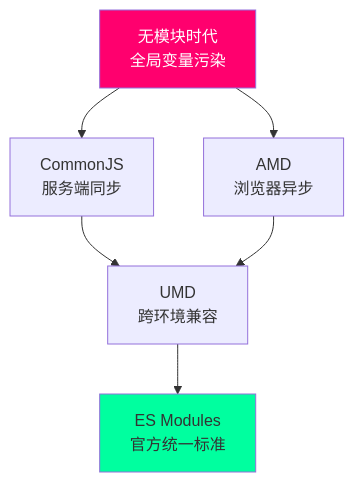
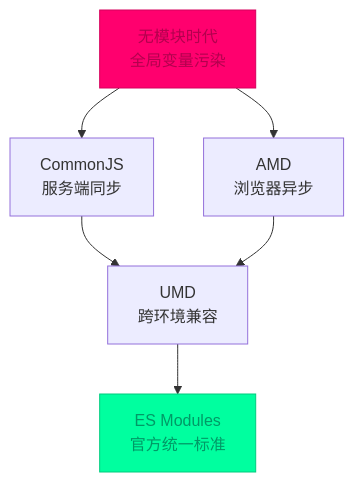
Before and after one commit to FreezeSoul/freezesoul.github.com: the second of 2 diagrams in _posts/2015-03-15-js-modules.md, drawn with Mermaid. The commit also changed other lines of this file and 9 other files, not shown here.

Commit message:
修正mermaid配色与要求

````diff
--- a/_posts/2015-03-15-js-modules.md
+++ b/_posts/2015-03-15-js-modules.md
@@ -1797,11 +1797,11 @@
 ```mermaid
 graph TD
   A[无模块时代<br/>全局变量污染] --> B[CommonJS<br/>服务端同步]
   A --> C[AMD<br/>浏览器异步]
   B --> D[UMD<br/>跨环境兼容]
   C --> D
   D --> E[ES Modules<br/>官方统一标准]
 
-  style A fill:#ff006e,color:#fff
-  style E fill:#00ff9f
+  style A fill:#ff006e,stroke:#d6005c,color:#b3004e
+  style E fill:#00ff9f,stroke:#00cc7f,color:#009966
 ```
````
